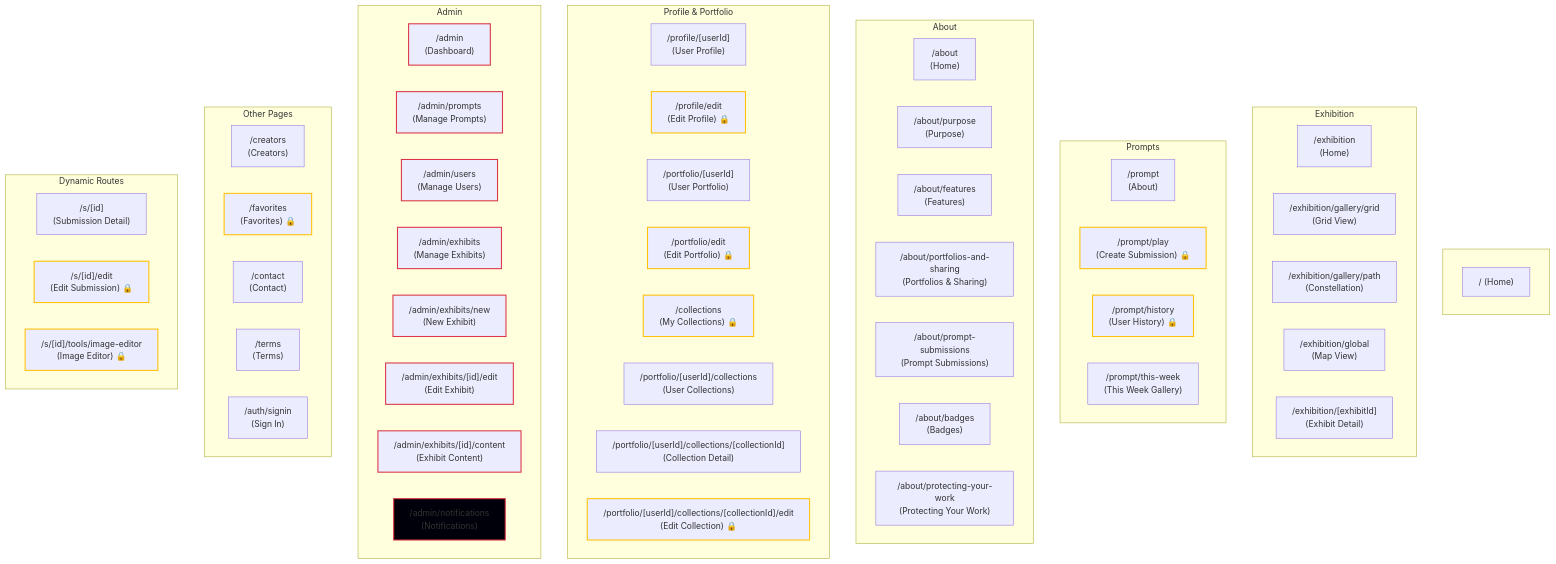
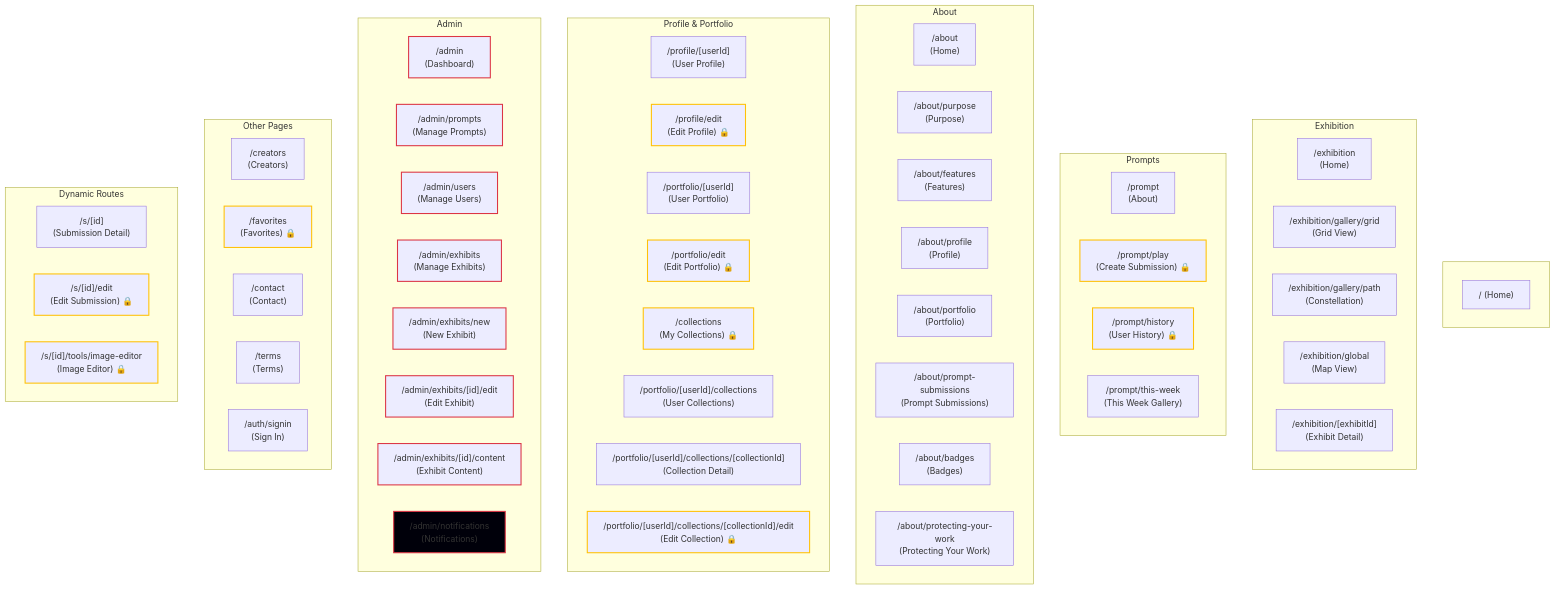
The diagram in docs/USERFLOW.md (kshehadeh/createspot), drawn with Mermaid before and after one commit. The commit also changed other lines of this file and 11 other files, not shown here.

```diff
--- a/docs/USERFLOW.md
+++ b/docs/USERFLOW.md
@@ -31,7 +31,8 @@
         AboutHome["/about<br/>(Home)"]
         AboutPurpose["/about/purpose<br/>(Purpose)"]
         AboutFeatures["/about/features<br/>(Features)"]
-        AboutPortfolios["/about/portfolios-and-sharing<br/>(Portfolios & Sharing)"]
+        AboutProfile["/about/profile<br/>(Profile)"]
+        AboutPortfolio["/about/portfolio<br/>(Portfolio)"]
         AboutSubmissions["/about/prompt-submissions<br/>(Prompt Submissions)"]
         AboutBadges["/about/badges<br/>(Badges)"]
         AboutProtecting["/about/protecting-your-work<br/>(Protecting Your Work)"]
```
